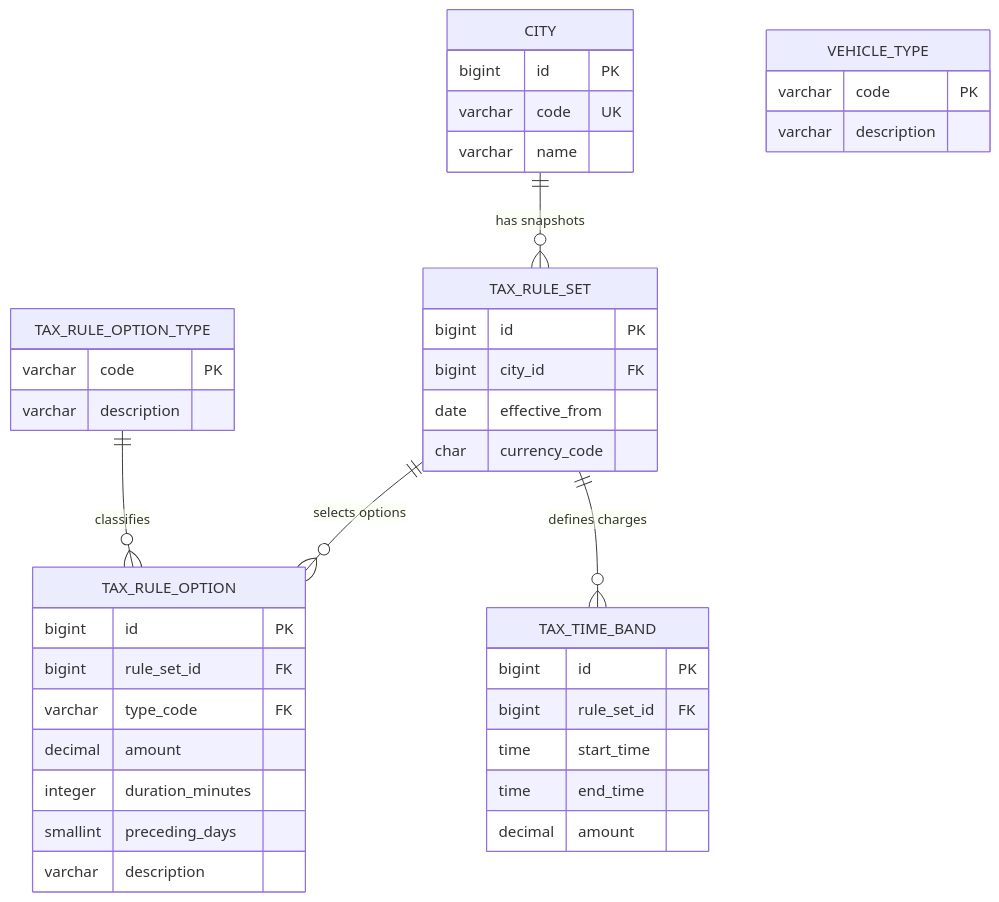
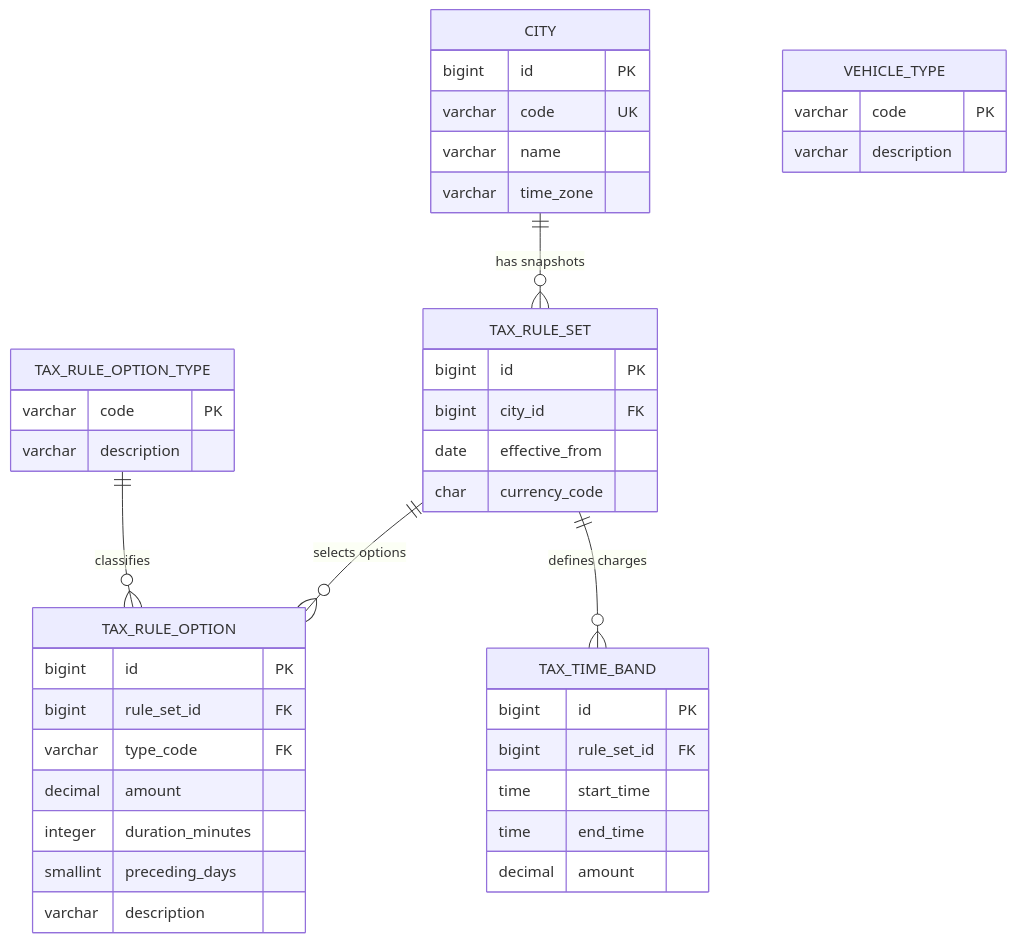
The diagram in docs/design/persistence.md (igrgin/congestion-tax-calculator), drawn with Mermaid before and after one commit. The commit also changed other lines of this file and 36 other files, not shown here.

Commit message:
#3 Store City time zone

````diff
--- a/docs/design/persistence.md
+++ b/docs/design/persistence.md
@@ -7,48 +7,49 @@
 ```mermaid
 erDiagram
     CITY {
         bigint id PK
         varchar code UK
         varchar name
+        varchar time_zone
     }
 
     VEHICLE_TYPE {
         varchar code PK
         varchar description
     }
 
     TAX_RULE_SET {
         bigint id PK
         bigint city_id FK
         date effective_from
         char currency_code
     }
 
     TAX_RULE_OPTION_TYPE {
         varchar code PK
         varchar description
     }
 
     TAX_RULE_OPTION {
         bigint id PK
         bigint rule_set_id FK
         varchar type_code FK
         decimal amount
         integer duration_minutes
         smallint preceding_days
         varchar description
     }
 
     TAX_TIME_BAND {
         bigint id PK
         bigint rule_set_id FK
         time start_time
         time end_time
         decimal amount
     }
 
     CITY ||--o{ TAX_RULE_SET : "has snapshots"
     TAX_RULE_SET ||--o{ TAX_RULE_OPTION : "selects options"
     TAX_RULE_OPTION_TYPE ||--o{ TAX_RULE_OPTION : "classifies"
     TAX_RULE_SET ||--o{ TAX_TIME_BAND : "defines charges"
 ```
````
